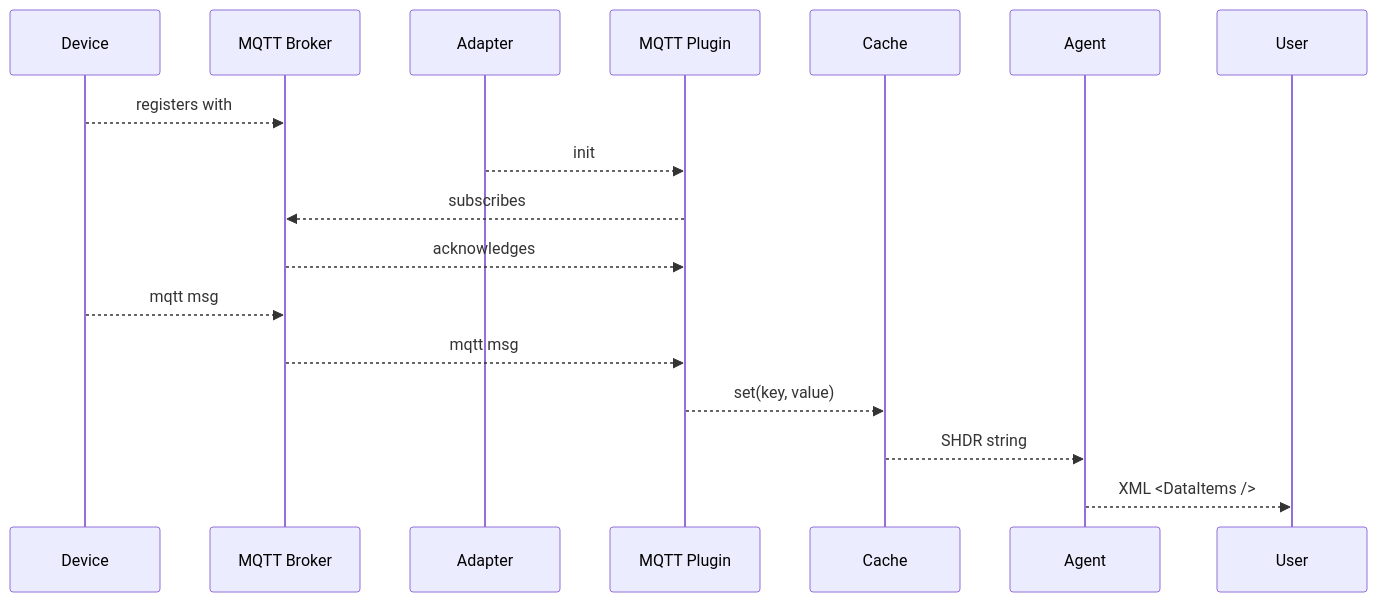
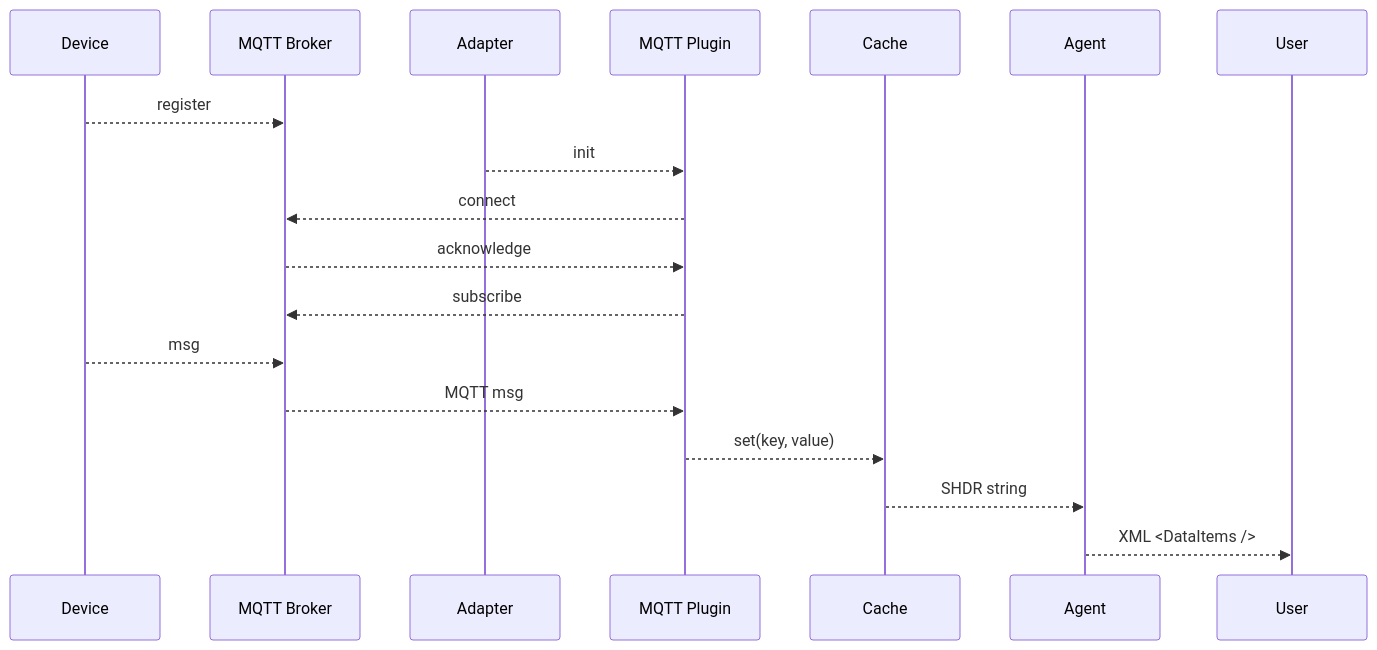
One commit to Ladder99/ladder99 changed the first of 3 diagrams in design/plugins.md. Above: the diagram before and after it, drawn with Mermaid. The commit also changed other lines of this file, not shown here.

````diff
--- a/design/plugins.md
+++ b/design/plugins.md
@@ -5,22 +7,23 @@
 ```mermaid
 sequenceDiagram
 
 participant device as Device
-participant broker as MQTT Broker
+participant server as MQTT Broker
 participant adapter as Adapter
 participant plugin as MQTT Plugin
 participant cache as Cache
 participant agent as Agent
 participant user as User
 
-device -->> broker: registers with
+device -->> server: register
 adapter -->> plugin: init
-plugin -->> broker: subscribes
-broker -->> plugin: acknowledges
-device -->> broker: mqtt msg
-broker -->> plugin: mqtt msg
+plugin -->> server: connect
+server -->> plugin: acknowledge
+plugin -->> server: subscribe
+device -->> server: msg
+server -->> plugin: MQTT msg
 plugin -->> cache: set(key, value)
 cache -->> agent: SHDR string
 agent -->> user: XML <DataItems />
 
 ```
````
